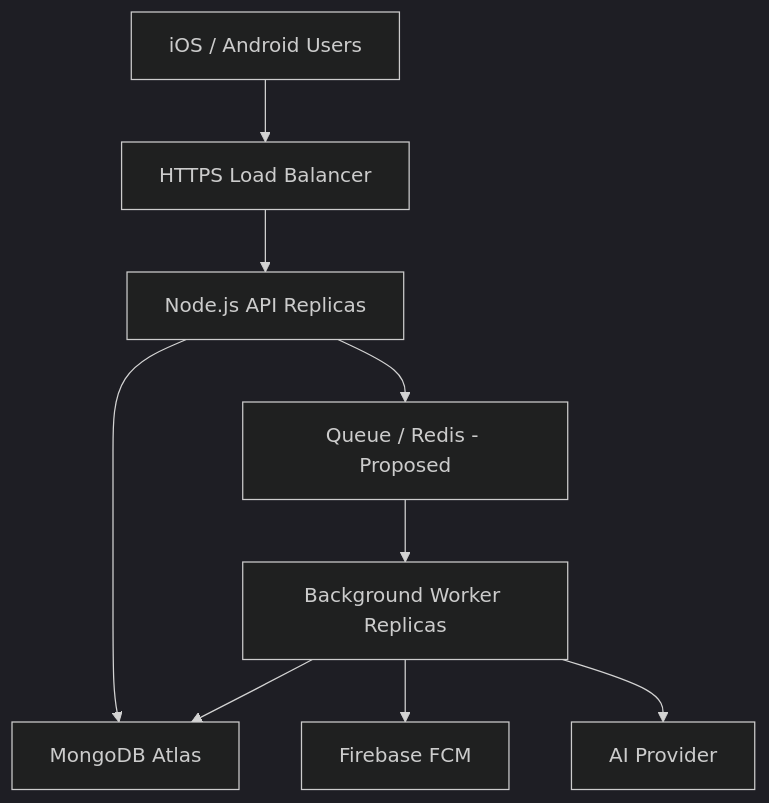
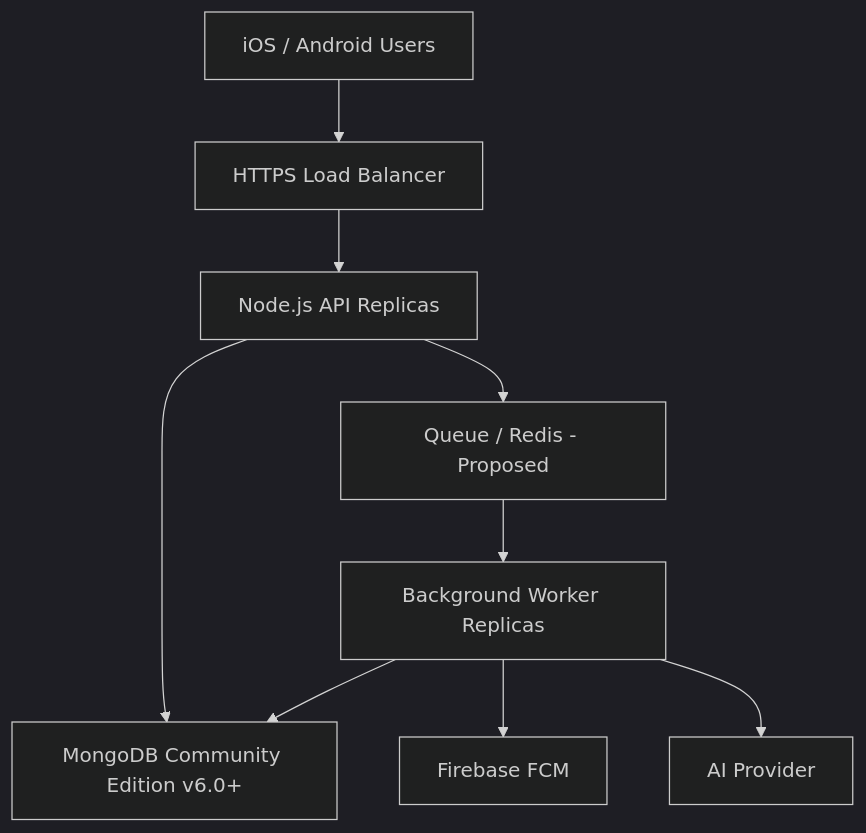
The eighth of 8 diagrams in docs/URUS_2026_Project_Summary_and_System_Architecture.md (AimanAqil2/URUS_Mobile), drawn with Mermaid (dark theme) before and after one commit. The commit also changed other lines of this file and 48 other files, not shown here.

````diff
--- a/docs/URUS_2026_Project_Summary_and_System_Architecture.md
+++ b/docs/URUS_2026_Project_Summary_and_System_Architecture.md
@@ -1512,20 +1528,20 @@
 ```mermaid
 flowchart TB
     USERS["iOS / Android Users"]
     LB["HTTPS Load Balancer"]
     API["Node.js API Replicas"]
     WORKERS["Background Worker Replicas"]
-    DB["MongoDB Atlas"]
+    DB["MongoDB Community Edition v6.0+"]
     REDIS["Queue / Redis - Proposed"]
     FCM["Firebase FCM"]
     AI["AI Provider"]
 
     USERS --> LB
     LB --> API
     API --> DB
     API --> REDIS
     REDIS --> WORKERS
     WORKERS --> DB
     WORKERS --> FCM
     WORKERS --> AI
 ```
````
